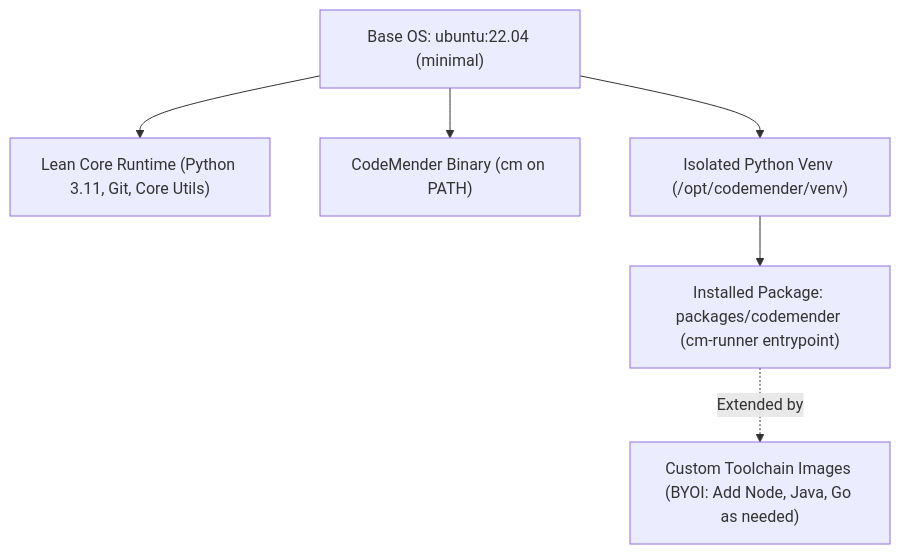
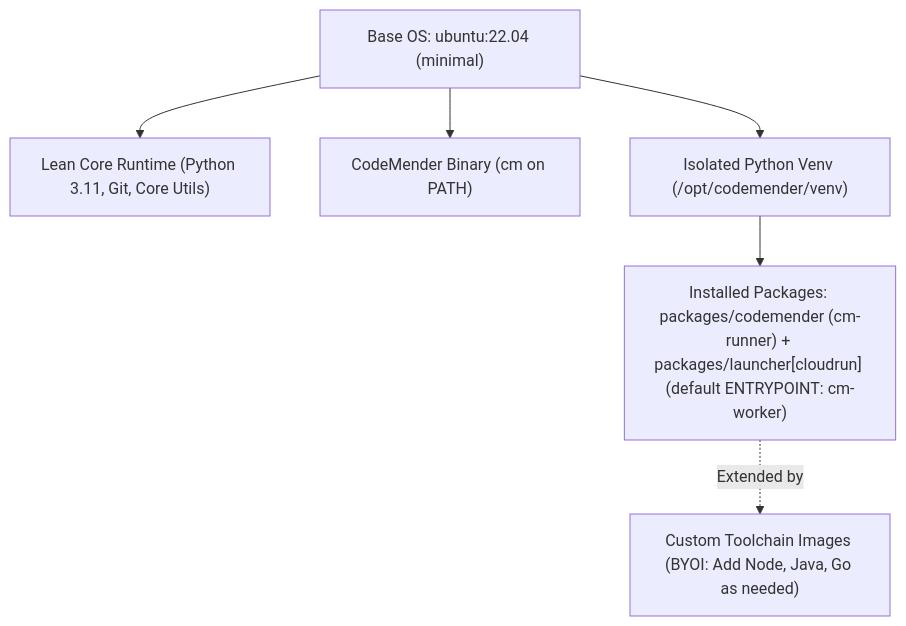
Before and after one commit to avnit/codemender-runner-mcp: the diagram in docs/openspec/specs/runner-container-packaging/design.md, drawn with Mermaid. The commit also changed other lines of this file and 2 other files, not shown here.

First line of the commit message:
docs(spec): make cm-worker the default container entrypoint in SPEC-0003 and guides (#64)

````diff
--- a/docs/openspec/specs/runner-container-packaging/design.md
+++ b/docs/openspec/specs/runner-container-packaging/design.md
@@ -81,15 +117,15 @@
 ```mermaid
 flowchart TD
     Base["Base OS: ubuntu:22.04 (minimal)"]
     Runtime["Lean Core Runtime (Python 3.11, Git, Core Utils)"]
     CMBinary["CodeMender Binary (cm on PATH)"]
     Venv["Isolated Python Venv (/opt/codemender/venv)"]
-    Modules["Installed Package: packages/codemender (cm-runner entrypoint)"]
+    Modules["Installed Packages: packages/codemender (cm-runner) + packages/launcher[cloudrun] (default ENTRYPOINT: cm-worker)"]
     BYOI["Custom Toolchain Images (BYOI: Add Node, Java, Go as needed)"]
 
     Base --> Runtime
     Base --> CMBinary
     Base --> Venv
     Venv --> Modules
     Modules -.->|"Extended by"| BYOI
 ```
````
